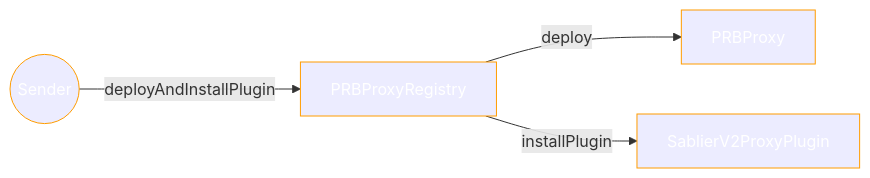
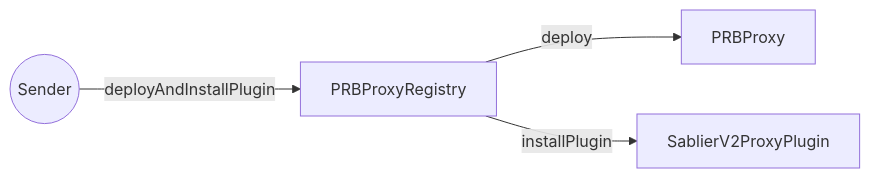
One commit to sablier-labs/docs changed the third of 8 diagrams in docs/contracts/v2/reference/02-diagrams.md. Above: the diagram before and after it, drawn with Mermaid. The commit also changed other lines of this file, not shown here.

First line of the commit message:
refactor: split "Diagrams" in two new sections

````diff
--- a/docs/contracts/v2/reference/02-diagrams.md
+++ b/docs/contracts/v2/reference/02-diagrams.md
@@ -113,12 +91,10 @@
 ```mermaid
 flowchart LR
-	classDef object stroke:#ff9C00,color:#ffffff;
   S((Sender))
   PR[PRBProxyRegistry]
   P[PRBProxy]
   PP[SablierV2ProxyPlugin]
   S -- "deployAndInstallPlugin" --> PR
   PR -- "deploy" --> P
   PR -- "installPlugin" --> PP
-	class S,PR,P,PP object;
 ```
````
